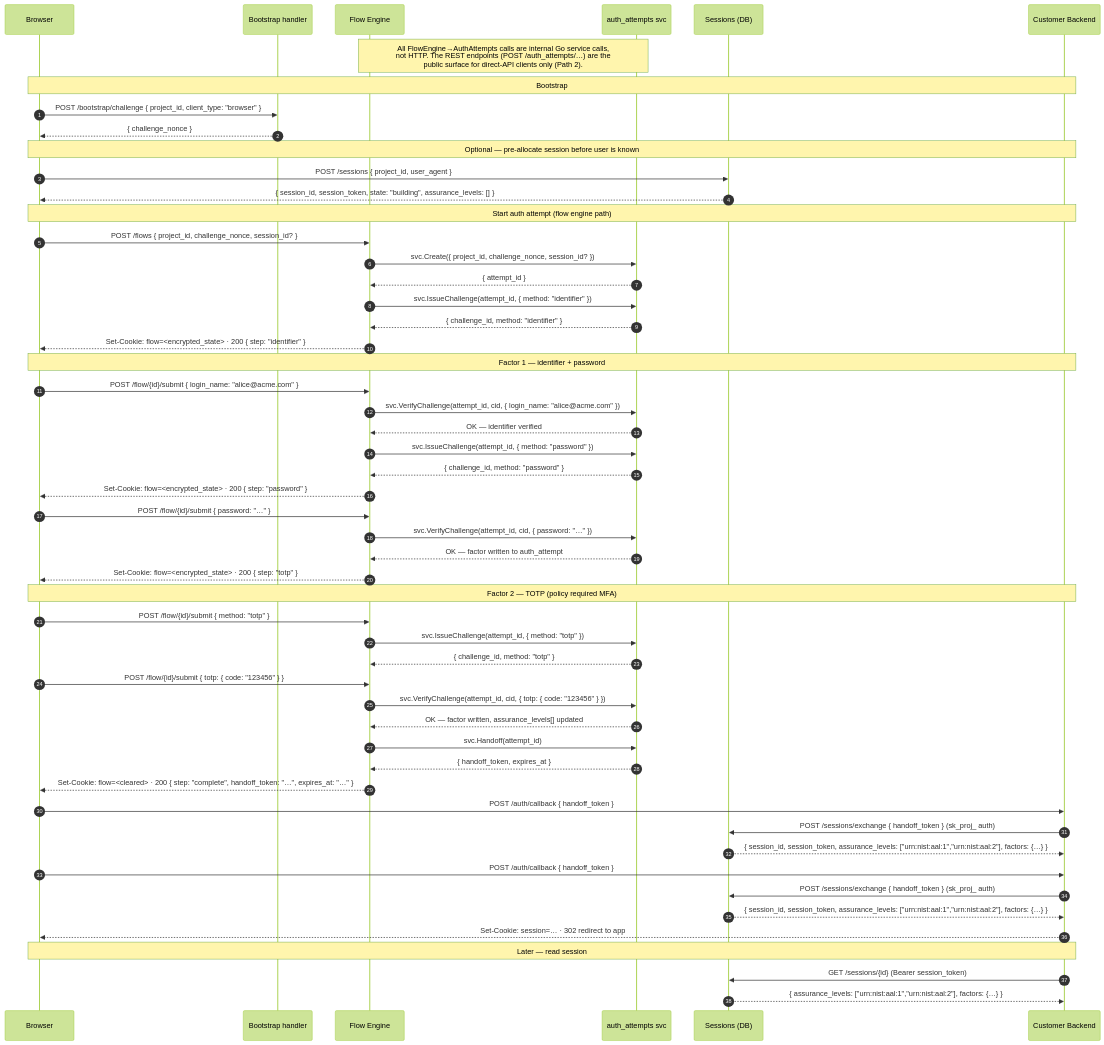
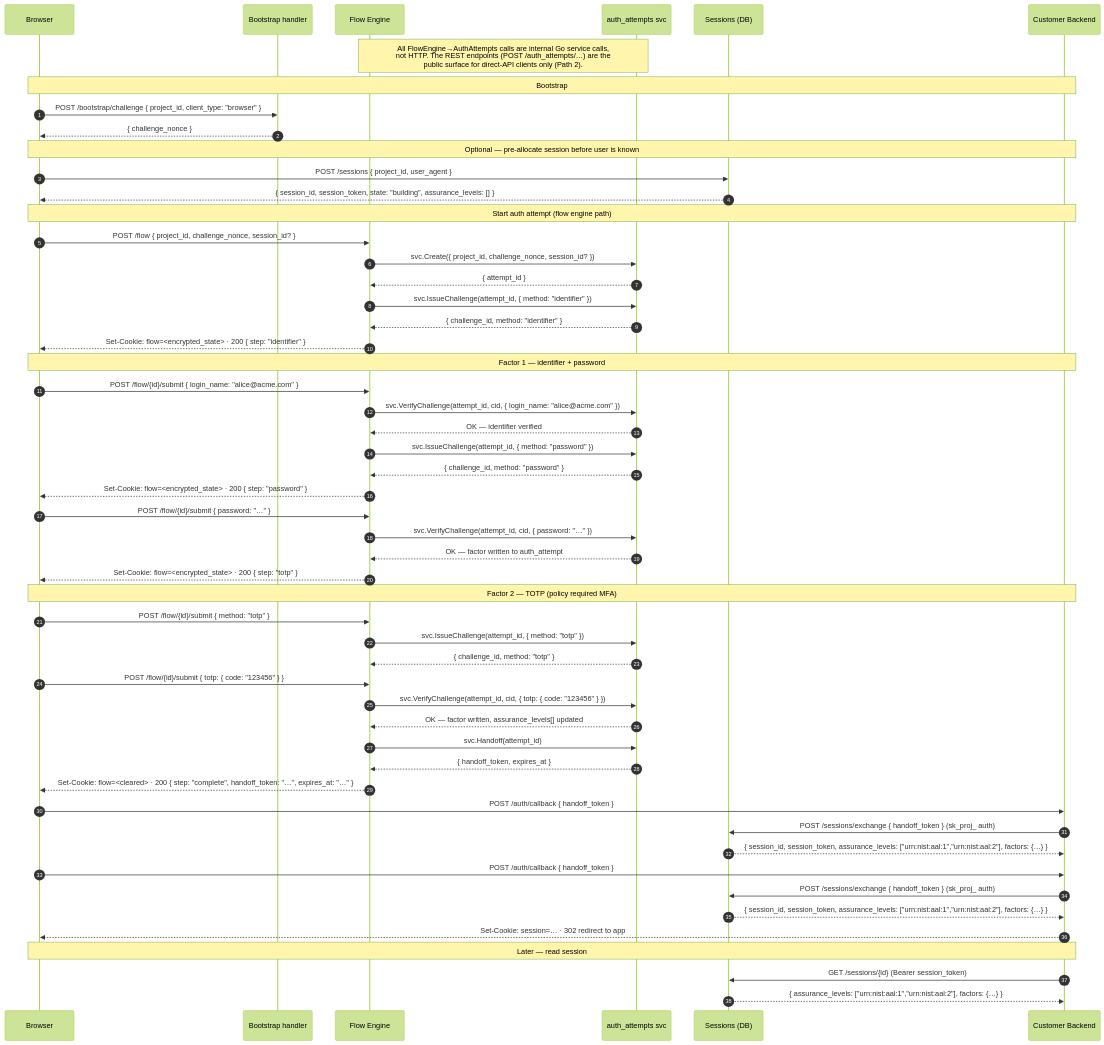
One commit to zitadel/nextgen changed the first of 4 diagrams in docs/design/api/authn-and-auth-flows.md. Above: the diagram before and after it, drawn with Mermaid (forest theme). The commit also changed other lines of this file and 10 other files, not shown here.

Commit message:
docs: fix flow handles, wire shapes, list-envelope exceptions, and stale anchors from review

````diff
--- a/docs/design/api/authn-and-auth-flows.md
+++ b/docs/design/api/authn-and-auth-flows.md
@@ -161,72 +161,72 @@
 ```mermaid
 sequenceDiagram
     autonumber
     participant Browser
     participant Bootstrap as Bootstrap handler
     participant FlowEngine as Flow Engine
     participant AuthAttempts as auth_attempts svc
     participant SessionDB as Sessions (DB)
     participant CustomerBackend as Customer Backend
 
     Note over FlowEngine,AuthAttempts: All FlowEngine→AuthAttempts calls are internal Go service calls,<br/>not HTTP. The REST endpoints (POST /auth_attempts/…) are the<br/>public surface for direct-API clients only (Path 2).
 
     Note over Browser,CustomerBackend: Bootstrap
 
     Browser->>Bootstrap: POST /bootstrap/challenge { project_id, client_type: "browser" }
     Bootstrap-->>Browser: { challenge_nonce }
 
     Note over Browser,CustomerBackend: Optional — pre-allocate session before user is known
 
     Browser->>SessionDB: POST /sessions { project_id, user_agent }
     SessionDB-->>Browser: { session_id, session_token, state: "building", assurance_levels: [] }
 
     Note over Browser,CustomerBackend: Start auth attempt (flow engine path)
 
-    Browser->>FlowEngine: POST /flows { project_id, challenge_nonce, session_id? }
+    Browser->>FlowEngine: POST /flow { project_id, challenge_nonce, session_id? }
     FlowEngine->>AuthAttempts: svc.Create({ project_id, challenge_nonce, session_id? })
     AuthAttempts-->>FlowEngine: { attempt_id }
     FlowEngine->>AuthAttempts: svc.IssueChallenge(attempt_id, { method: "identifier" })
     AuthAttempts-->>FlowEngine: { challenge_id, method: "identifier" }
     FlowEngine-->>Browser: Set-Cookie: flow=<encrypted_state> · 200 { step: "identifier" }
 
     Note over Browser,CustomerBackend: Factor 1 — identifier + password
 
     Browser->>FlowEngine: POST /flow/{id}/submit { login_name: "alice@acme.com" }
     FlowEngine->>AuthAttempts: svc.VerifyChallenge(attempt_id, cid, { login_name: "alice@acme.com" })
     AuthAttempts-->>FlowEngine: OK — identifier verified
     FlowEngine->>AuthAttempts: svc.IssueChallenge(attempt_id, { method: "password" })
     AuthAttempts-->>FlowEngine: { challenge_id, method: "password" }
     FlowEngine-->>Browser: Set-Cookie: flow=<encrypted_state> · 200 { step: "password" }
 
     Browser->>FlowEngine: POST /flow/{id}/submit { password: "…" }
     FlowEngine->>AuthAttempts: svc.VerifyChallenge(attempt_id, cid, { password: "…" })
     AuthAttempts-->>FlowEngine: OK — factor written to auth_attempt
     FlowEngine-->>Browser: Set-Cookie: flow=<encrypted_state> · 200 { step: "totp" }
 
     Note over Browser,CustomerBackend: Factor 2 — TOTP (policy required MFA)
 
     Browser->>FlowEngine: POST /flow/{id}/submit { method: "totp" }
     FlowEngine->>AuthAttempts: svc.IssueChallenge(attempt_id, { method: "totp" })
     AuthAttempts-->>FlowEngine: { challenge_id, method: "totp" }
     Browser->>FlowEngine: POST /flow/{id}/submit { totp: { code: "123456" } }
     FlowEngine->>AuthAttempts: svc.VerifyChallenge(attempt_id, cid, { totp: { code: "123456" } })
     AuthAttempts-->>FlowEngine: OK — factor written, assurance_levels[] updated
     FlowEngine->>AuthAttempts: svc.Handoff(attempt_id)
     AuthAttempts-->>FlowEngine: { handoff_token, expires_at }
     FlowEngine-->>Browser: Set-Cookie: flow=<cleared> · 200 { step: "complete", handoff_token: "…", expires_at: "…" }
 
     Browser->>CustomerBackend: POST /auth/callback { handoff_token }
     CustomerBackend->>SessionDB: POST /sessions/exchange { handoff_token } (sk_proj_ auth)
     SessionDB-->>CustomerBackend: { session_id, session_token, assurance_levels: ["urn:nist:aal:1","urn:nist:aal:2"], factors: {…} }
 
 
     Browser->>CustomerBackend: POST /auth/callback { handoff_token }
     CustomerBackend->>SessionDB: POST /sessions/exchange { handoff_token } (sk_proj_ auth)
     SessionDB-->>CustomerBackend: { session_id, session_token, assurance_levels: ["urn:nist:aal:1","urn:nist:aal:2"], factors: {…} }
     CustomerBackend-->>Browser: Set-Cookie: session=… · 302 redirect to app
 
     Note over Browser,CustomerBackend: Later — read session
 
     CustomerBackend->>SessionDB: GET /sessions/{id} (Bearer session_token)
     SessionDB-->>CustomerBackend: { assurance_levels: ["urn:nist:aal:1","urn:nist:aal:2"], factors: {…} }
 ```
````
